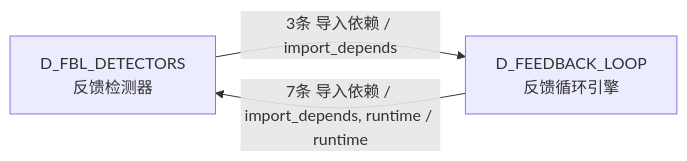
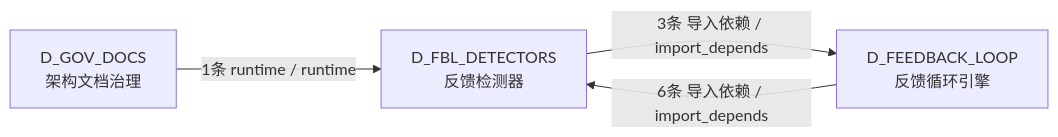
Before and after one commit to xuanFelixVan/ZephyrAlpha: the sixth of 6 diagrams in docs/02_enterprise_architecture/02_domain_architecture_docs/11_d_fbl_detectors.md, drawn with Mermaid. The commit also changed other lines of this file and 100 other files, not shown here.

````diff
--- a/docs/02_enterprise_architecture/02_domain_architecture_docs/11_d_fbl_detectors.md
+++ b/docs/02_enterprise_architecture/02_domain_architecture_docs/11_d_fbl_detectors.md
@@ -393,7 +397,9 @@
 ```mermaid
 graph LR
     D_FBL_DETECTORS["D_FBL_DETECTORS<br/>反馈检测器"]
     D_FEEDBACK_LOOP["D_FEEDBACK_LOOP<br/>反馈循环引擎"]
+    D_GOV_DOCS["D_GOV_DOCS<br/>架构文档治理"]
     D_FBL_DETECTORS -->|3条 导入依赖 / import_depends| D_FEEDBACK_LOOP
-    D_FEEDBACK_LOOP -->|7条 导入依赖 / import_depends, runtime / runtime| D_FBL_DETECTORS
+    D_FEEDBACK_LOOP -->|6条 导入依赖 / import_depends| D_FBL_DETECTORS
+    D_GOV_DOCS -->|1条 runtime / runtime| D_FBL_DETECTORS
 ```
````
